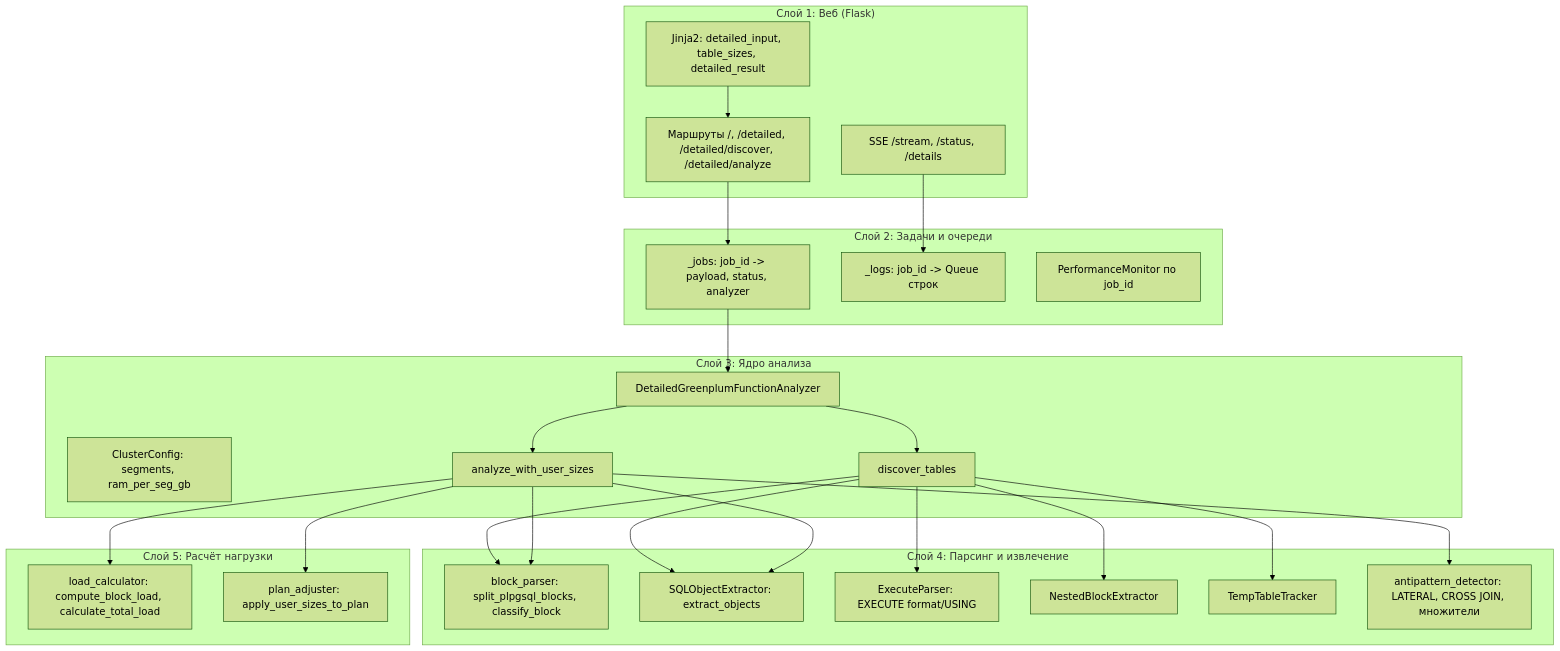
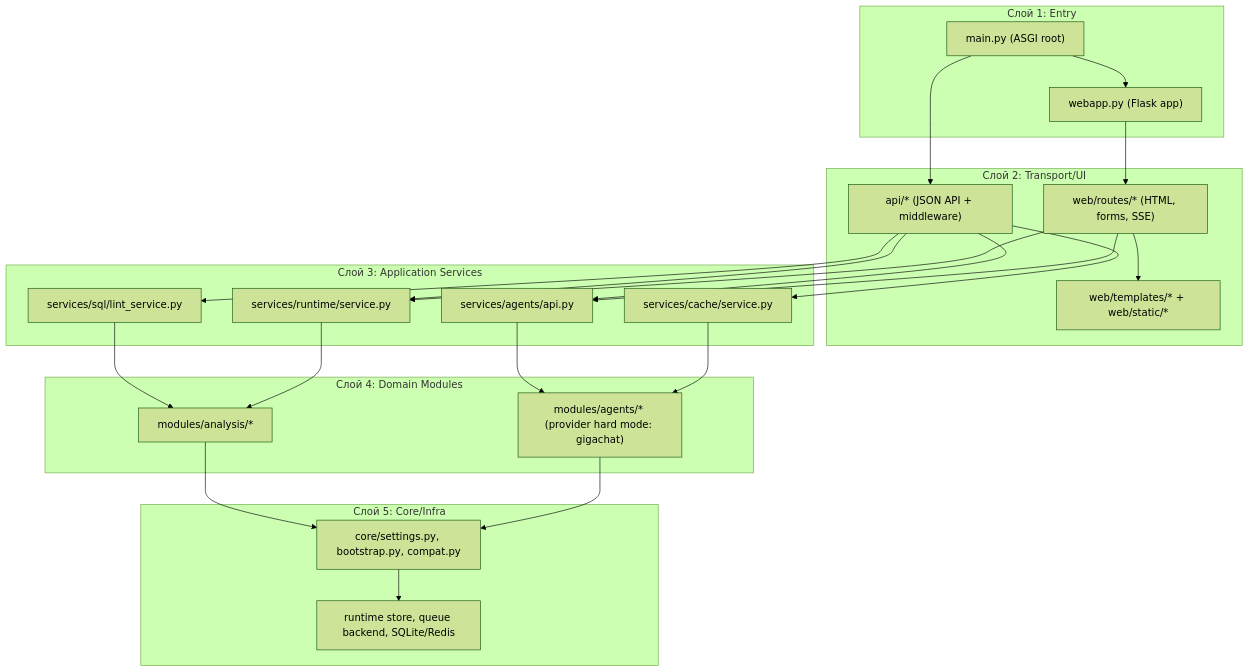
The fourth of 5 diagrams in README.md (SolonnikovDV/gpa_analyzer), drawn with Mermaid (forest theme) before and after one commit. The commit also changed other lines of this file, not shown here.

````diff
--- a/README.md
+++ b/README.md
@@ -584,52 +601,48 @@
 ```mermaid
 flowchart TB
-    subgraph Layer1["Слой 1: Веб (Flask)"]
-        Routes[Маршруты /, /detailed, /detailed/discover, /detailed/analyze]
-        SSE[SSE /stream, /status, /details]
-        Templates[Jinja2: detailed_input, table_sizes, detailed_result]
+    subgraph Layer1["Слой 1: Entry"]
+        Main["main.py (ASGI root)"]
+        FlaskEntry["webapp.py (Flask app)"]
     end
 
-    subgraph Layer2["Слой 2: Задачи и очереди"]
-        Jobs[_jobs: job_id -> payload, status, analyzer]
-        Logs[_logs: job_id -> Queue строк]
-        Monitor[PerformanceMonitor по job_id]
+    subgraph Layer2["Слой 2: Transport/UI"]
+        FastAPI["api/* (JSON API + middleware)"]
+        FlaskUI["web/routes/* (HTML, forms, SSE)"]
+        Jinja["web/templates/* + web/static/*"]
     end
 
-    subgraph Layer3["Слой 3: Ядро анализа"]
-        AnalyzerCore[DetailedGreenplumFunctionAnalyzer]
-        Config[ClusterConfig: segments, ram_per_seg_gb]
-        Discover[discover_tables]
-        Analyze[analyze_with_user_sizes]
+    subgraph Layer3["Слой 3: Application Services"]
+        SvcAgents["services/agents/api.py"]
+        SvcSQL["services/sql/lint_service.py"]
+        SvcRuntime["services/runtime/service.py"]
+        SvcCache["services/cache/service.py"]
     end
 
-    subgraph Layer4["Слой 4: Парсинг и извлечение"]
-        BlockParser[block_parser: split_plpgsql_blocks, classify_block]
-        SQLObj[SQLObjectExtractor: extract_objects]
-        ExecParser[ExecuteParser: EXECUTE format/USING]
-        Nested[NestedBlockExtractor]
-        TempTrack[TempTableTracker]
-        AntiPattern[antipattern_detector: LATERAL, CROSS JOIN, множители]
+    subgraph Layer4["Слой 4: Domain Modules"]
+        Analysis["modules/analysis/*"]
+        Agents["modules/agents/* (provider hard mode: gigachat)"]
     end
 
-    subgraph Layer5["Слой 5: Расчёт нагрузки"]
-        LoadCalc[load_calculator: compute_block_load, calculate_total_load]
-        PlanAdj[plan_adjuster: apply_user_sizes_to_plan]
+    subgraph Layer5["Слой 5: Core/Infra"]
+        Core["core/settings.py, bootstrap.py, compat.py"]
+        Infra["runtime store, queue backend, SQLite/Redis"]
     end
 
-    Routes --> Jobs
-    SSE --> Logs
-    Templates --> Routes
-    Jobs --> AnalyzerCore
-    AnalyzerCore --> Discover
-    AnalyzerCore --> Analyze
-    Discover --> BlockParser
-    Discover --> SQLObj
-    Discover --> ExecParser
-    Discover --> Nested
-    Discover --> TempTrack
-    Analyze --> AntiPattern
-    Analyze --> LoadCalc
-    Analyze --> PlanAdj
-    Analyze --> BlockParser
-    Analyze --> SQLObj
+    Main --> FastAPI
+    Main --> FlaskEntry
+    FlaskEntry --> FlaskUI
+    FlaskUI --> Jinja
+    FastAPI --> SvcAgents
+    FastAPI --> SvcSQL
+    FastAPI --> SvcRuntime
+    FastAPI --> SvcCache
+    FlaskUI --> SvcAgents
+    FlaskUI --> SvcRuntime
+    SvcAgents --> Agents
+    SvcSQL --> Analysis
+    SvcRuntime --> Analysis
+    SvcCache --> Agents
+    Analysis --> Core
+    Agents --> Core
+    Core --> Infra
 ```
````
